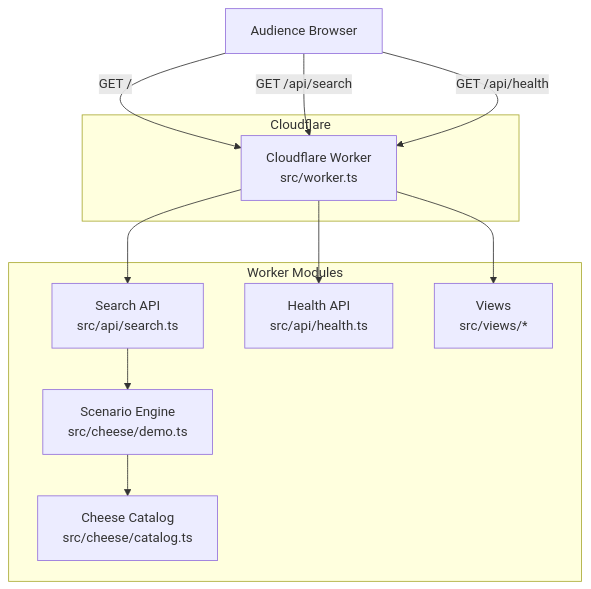
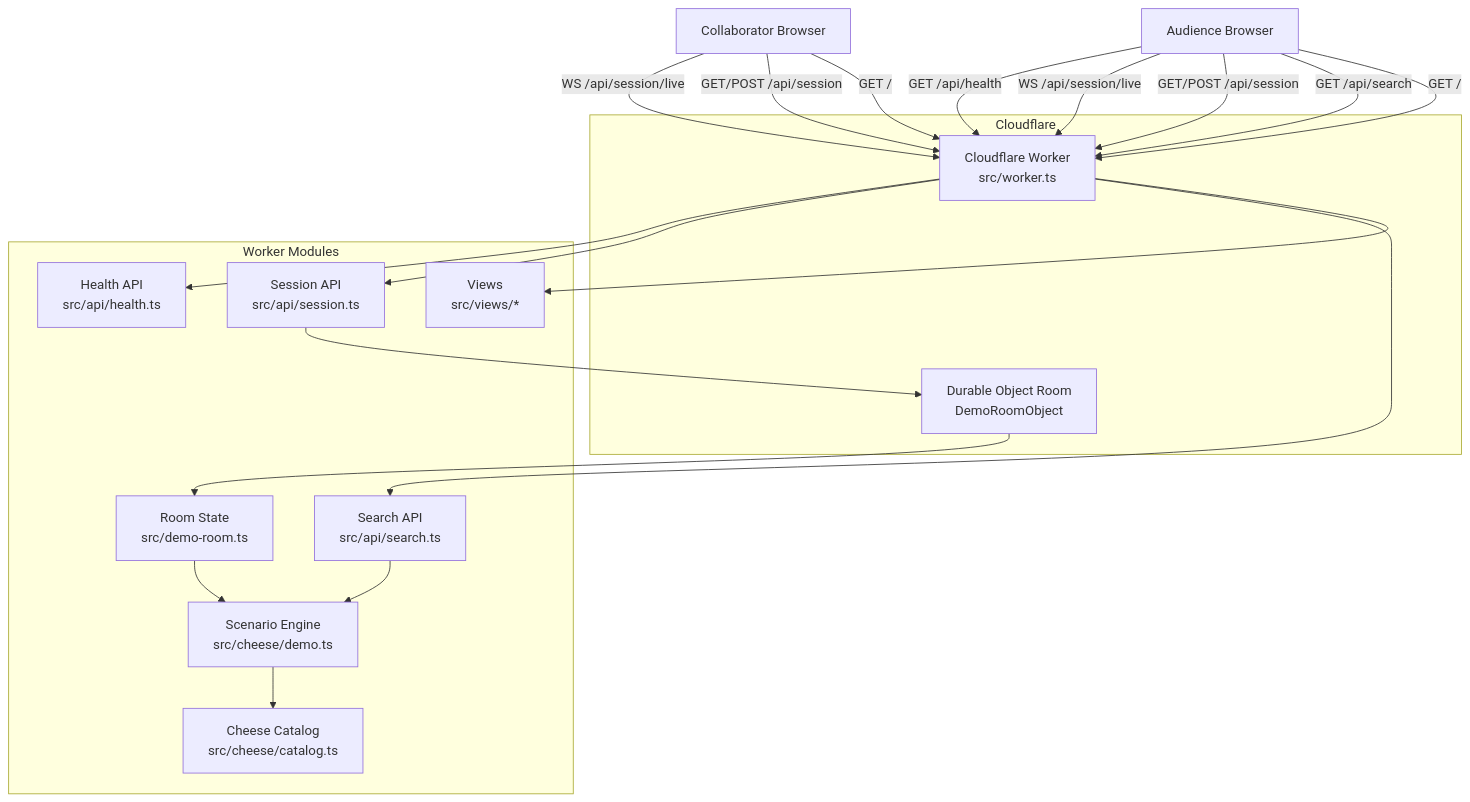
The diagram in docs/architecture.md (bebraw/french-cheese-shop-demo), drawn with Mermaid before and after one commit. The commit also changed other lines of this file and 24 other files, not shown here.

````diff
--- a/docs/architecture.md
+++ b/docs/architecture.md
@@ -21,25 +22,38 @@
 ```mermaid
 flowchart TD
     user[Audience Browser]
+    collaborator[Collaborator Browser]
 
     subgraph Cloudflare
       worker[Cloudflare Worker\nsrc/worker.ts]
+      room[Durable Object Room\nDemoRoomObject]
     end
 
     subgraph WorkerCode[Worker Modules]
       api[Search API\nsrc/api/search.ts]
+      session[Session API\nsrc/api/session.ts]
       health[Health API\nsrc/api/health.ts]
       demo[Scenario Engine\nsrc/cheese/demo.ts]
+      roomstate[Room State\nsrc/demo-room.ts]
       catalog[Cheese Catalog\nsrc/cheese/catalog.ts]
       views[Views\nsrc/views/*]
     end
 
     user -->|GET /| worker
     user -->|GET /api/search| worker
+    user -->|GET/POST /api/session| worker
+    user -->|WS /api/session/live| worker
+    collaborator -->|GET /| worker
+    collaborator -->|GET/POST /api/session| worker
+    collaborator -->|WS /api/session/live| worker
     user -->|GET /api/health| worker
     worker --> views
     worker --> api
+    worker --> session
     worker --> health
+    session --> room
+    room --> roomstate
+    roomstate --> demo
     api --> demo
     demo --> catalog
 ```
````
